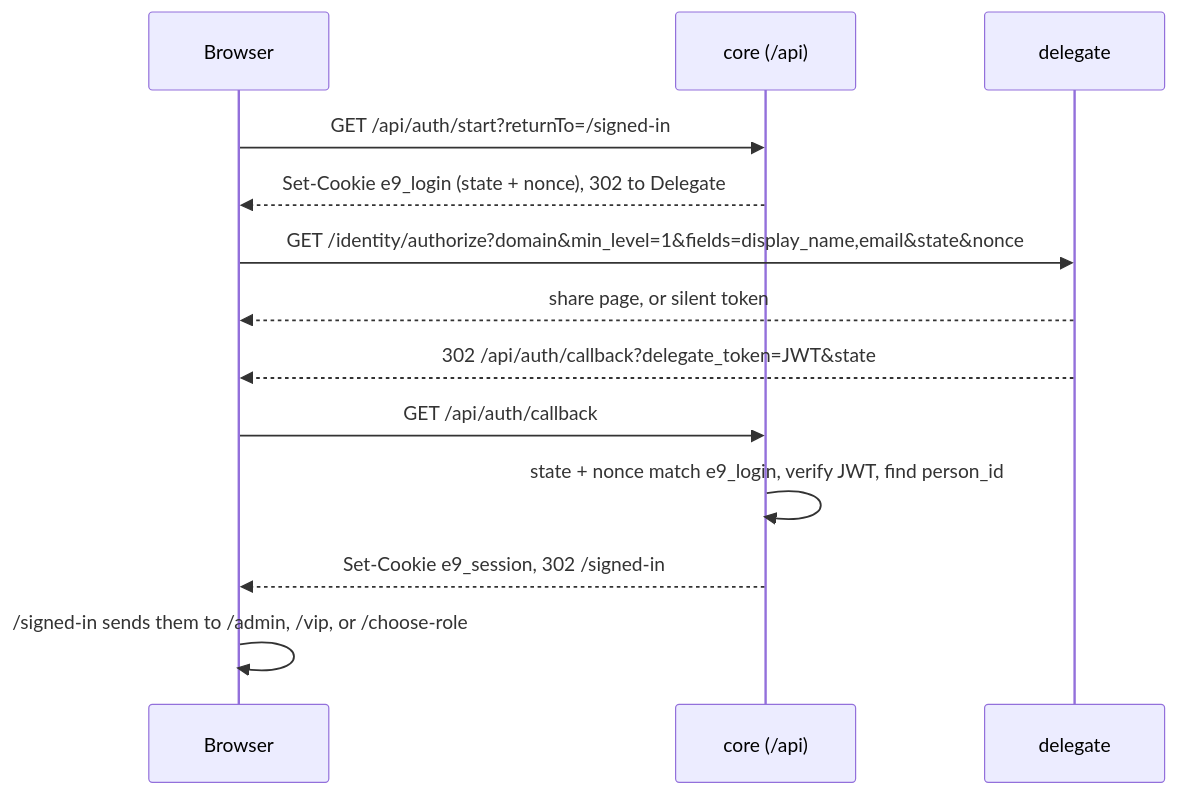
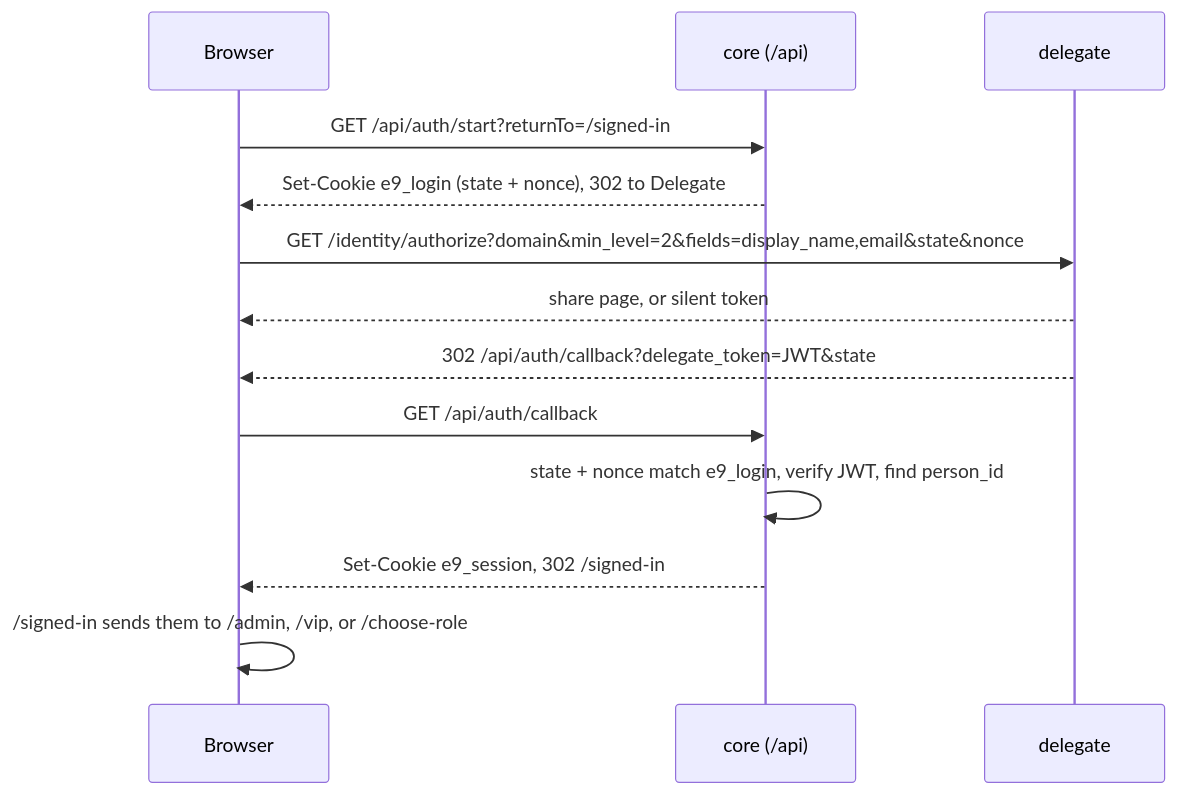
One commit to engine9-ai/demo-festival changed the second of 2 diagrams in docs/identity-flow.md. Above: the diagram before and after it, drawn with Mermaid. The commit also changed 10 other files, not shown here.

````diff
--- a/docs/identity-flow.md
+++ b/docs/identity-flow.md
@@ -139,15 +139,15 @@
 ```mermaid
 sequenceDiagram
   participant B as Browser
   participant C as core (/api)
   participant D as delegate
   B->>C: GET /api/auth/start?returnTo=/signed-in
   C-->>B: Set-Cookie e9_login (state + nonce), 302 to Delegate
-  B->>D: GET /identity/authorize?domain&min_level=1&fields=display_name,email&state&nonce
+  B->>D: GET /identity/authorize?domain&min_level=2&fields=display_name,email&state&nonce
   D-->>B: share page, or silent token
   D-->>B: 302 /api/auth/callback?delegate_token=JWT&state
   B->>C: GET /api/auth/callback
   C->>C: state + nonce match e9_login, verify JWT, find person_id
   C-->>B: Set-Cookie e9_session, 302 /signed-in
   B->>B: /signed-in sends them to /admin, /vip, or /choose-role
 ```
````
